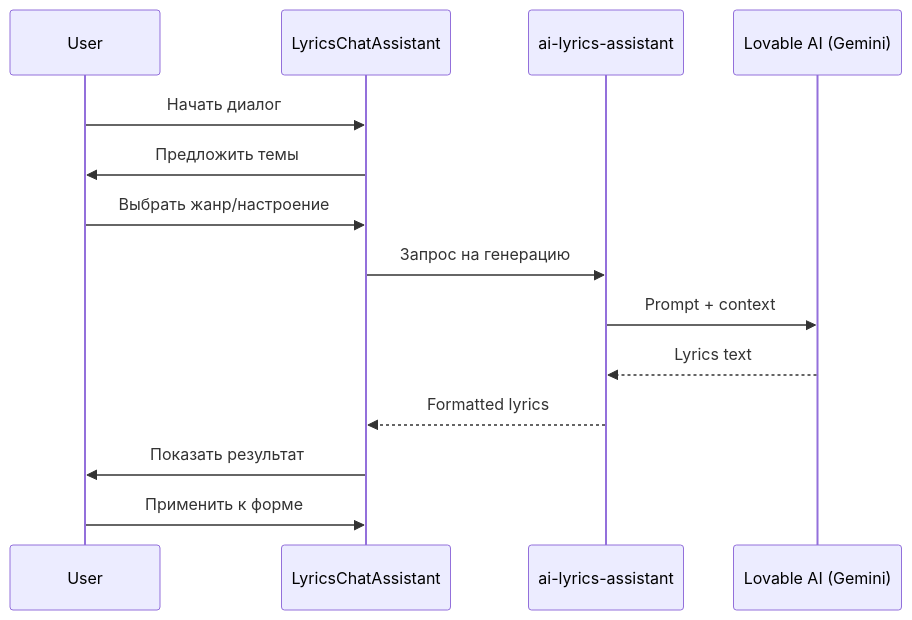
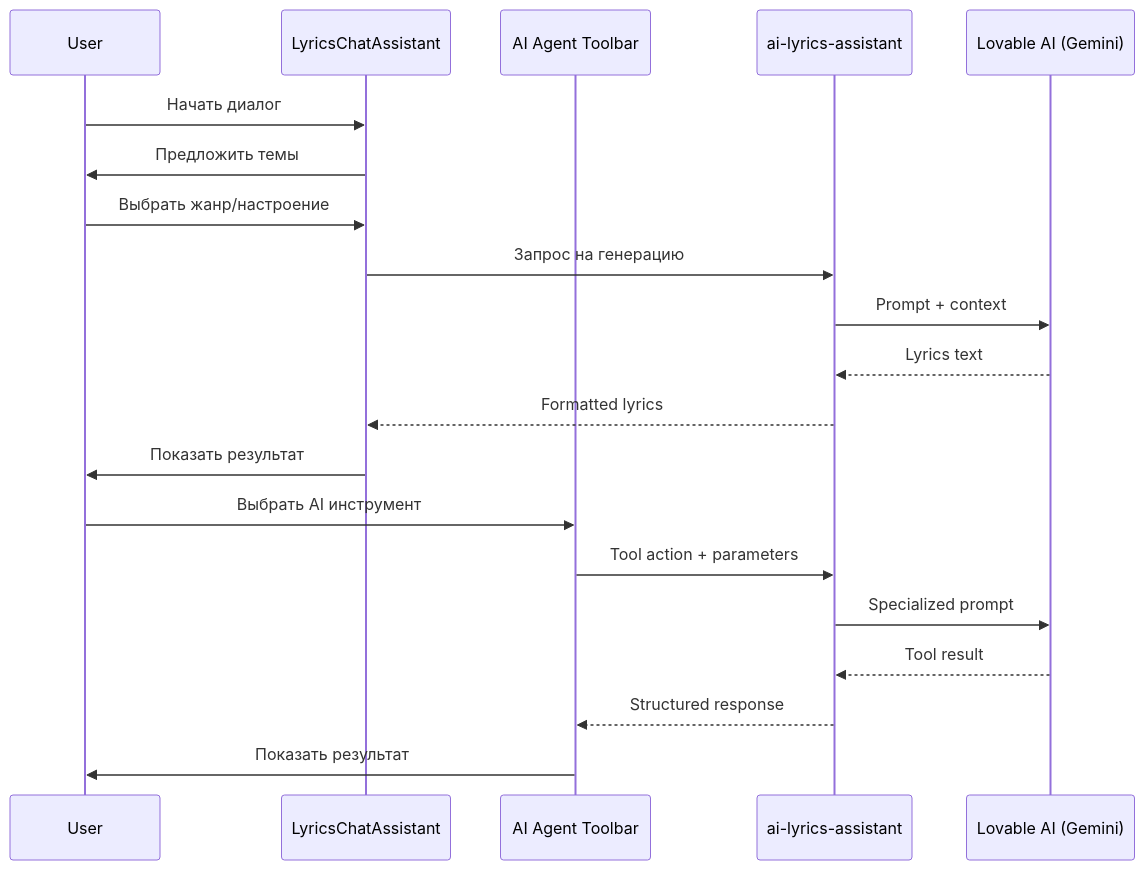
The diagram in docs/AI_LYRICS_ASSISTANT.md (HOW2AI-AGENCY/aimusicverse), drawn with Mermaid before and after one commit. The commit also changed other lines of this file and 7 other files, not shown here.

````diff
--- a/docs/AI_LYRICS_ASSISTANT.md
+++ b/docs/AI_LYRICS_ASSISTANT.md
@@ -7,17 +9,23 @@
 ```mermaid
 sequenceDiagram
     participant User
     participant Chat as LyricsChatAssistant
+    participant Agent as AI Agent Toolbar
     participant Edge as ai-lyrics-assistant
     participant AI as Lovable AI (Gemini)
     
     User->>Chat: Начать диалог
     Chat->>User: Предложить темы
     User->>Chat: Выбрать жанр/настроение
     Chat->>Edge: Запрос на генерацию
     Edge->>AI: Prompt + context
     AI-->>Edge: Lyrics text
     Edge-->>Chat: Formatted lyrics
     Chat->>User: Показать результат
-    User->>Chat: Применить к форме
+    User->>Agent: Выбрать AI инструмент
+    Agent->>Edge: Tool action + parameters
+    Edge->>AI: Specialized prompt
+    AI-->>Edge: Tool result
+    Edge-->>Agent: Structured response
+    Agent->>User: Показать результат
 ```
````
